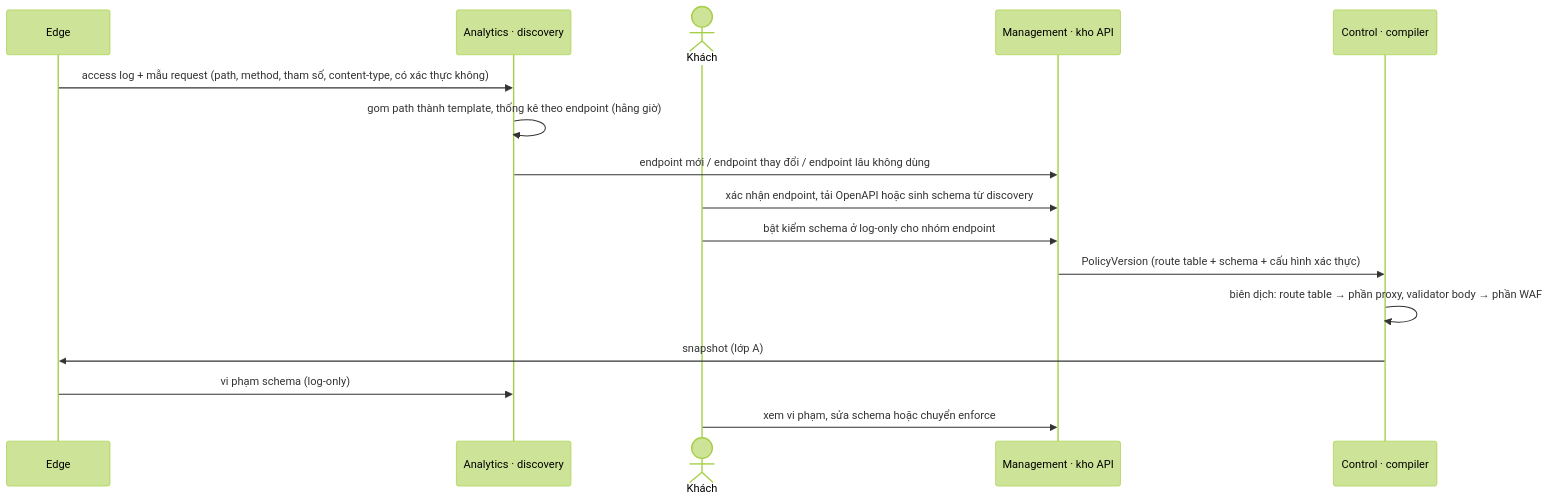
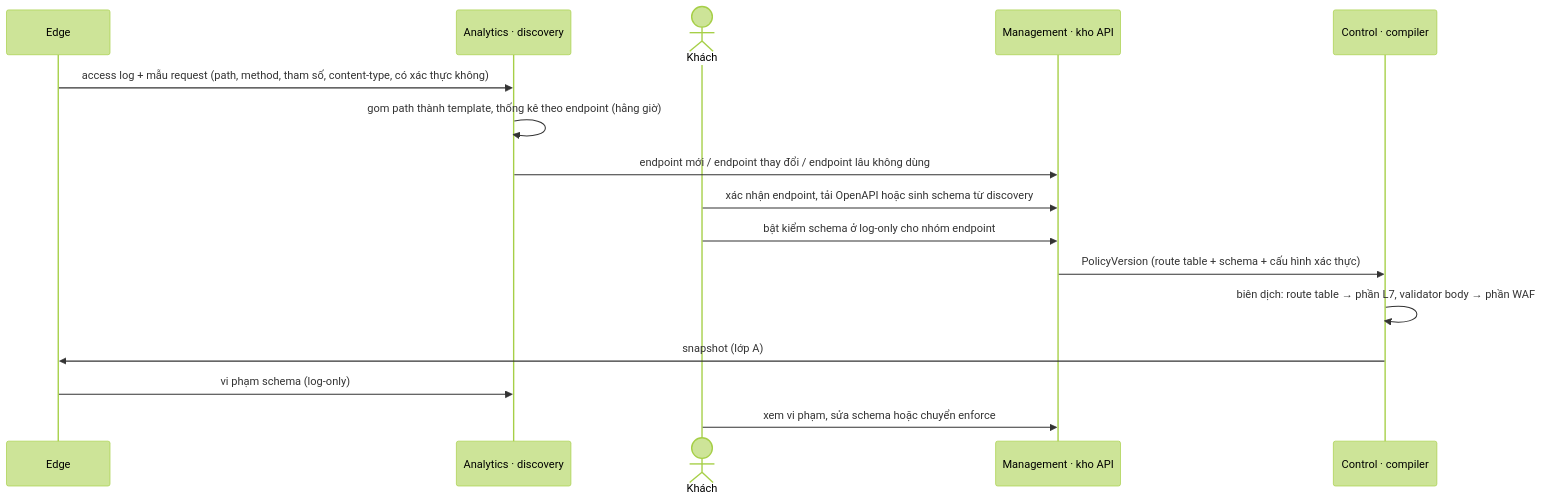
Before and after one commit to metap-org/metap-demo-waf: the diagram in docs/architecture/08-cross-cutting/17-api-security.md, drawn with Mermaid (forest theme). The commit also changed other lines of this file and 38 other files, not shown here.

````diff
--- a/docs/architecture/08-cross-cutting/17-api-security.md
+++ b/docs/architecture/08-cross-cutting/17-api-security.md
@@ -36,18 +36,18 @@
 ```mermaid
 sequenceDiagram
     participant E as Edge
     participant A as Analytics · discovery
     actor K as Khách
     participant M as Management · kho API
     participant C as Control · compiler
     E->>A: access log + mẫu request (path, method, tham số, content-type, có xác thực không)
     A->>A: gom path thành template, thống kê theo endpoint (hằng giờ)
     A->>M: endpoint mới / endpoint thay đổi / endpoint lâu không dùng
     K->>M: xác nhận endpoint, tải OpenAPI hoặc sinh schema từ discovery
     K->>M: bật kiểm schema ở log-only cho nhóm endpoint
     M->>C: PolicyVersion (route table + schema + cấu hình xác thực)
-    C->>C: biên dịch: route table → phần proxy, validator body → phần WAF
+    C->>C: biên dịch: route table → phần L7, validator body → phần WAF
     C->>E: snapshot (lớp A)
     E->>A: vi phạm schema (log-only)
     K->>M: xem vi phạm, sửa schema hoặc chuyển enforce
 ```
````
